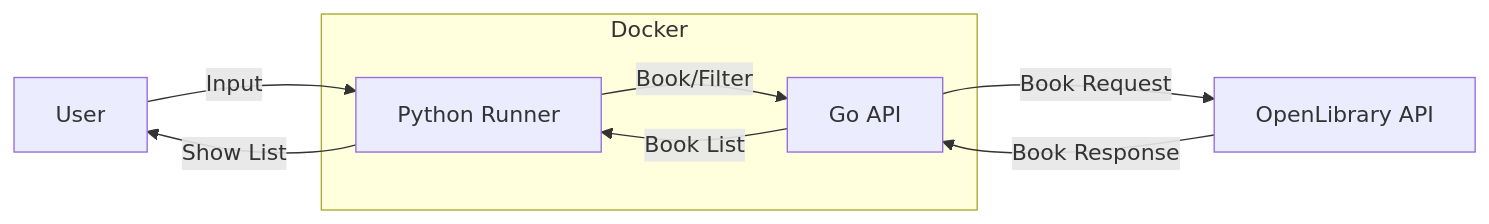
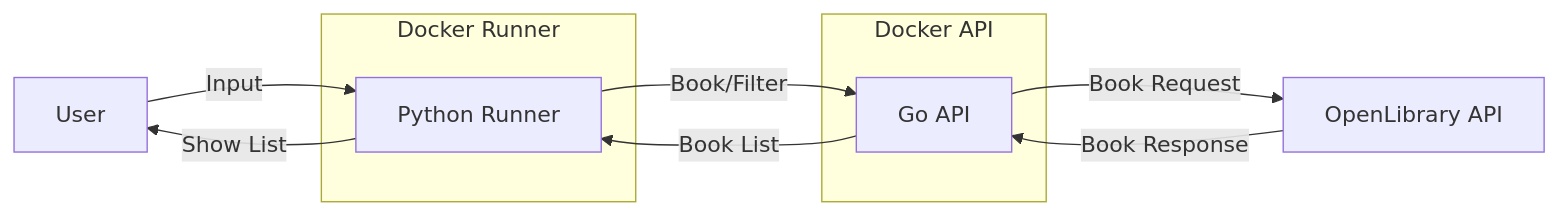
Before and after one commit to Carloshsc/openlibrary-go-api: the diagram in README.md, drawn with Mermaid.

````diff
--- a/README.md
+++ b/README.md
@@ -8,13 +8,15 @@
 ```mermaid
 flowchart LR
     A["User"] --Input--> B["Python Runner"]
     B --Book/Filter--> C["Go API"]
     C --Book Request--> D["OpenLibrary API"]
     C --Book List--> B
     B --Show List--> A
     D --Book Response--> C
-subgraph Docker
+subgraph Docker Runner
         B
+    end
+subgraph Docker API
         C
     end
 ```
````
